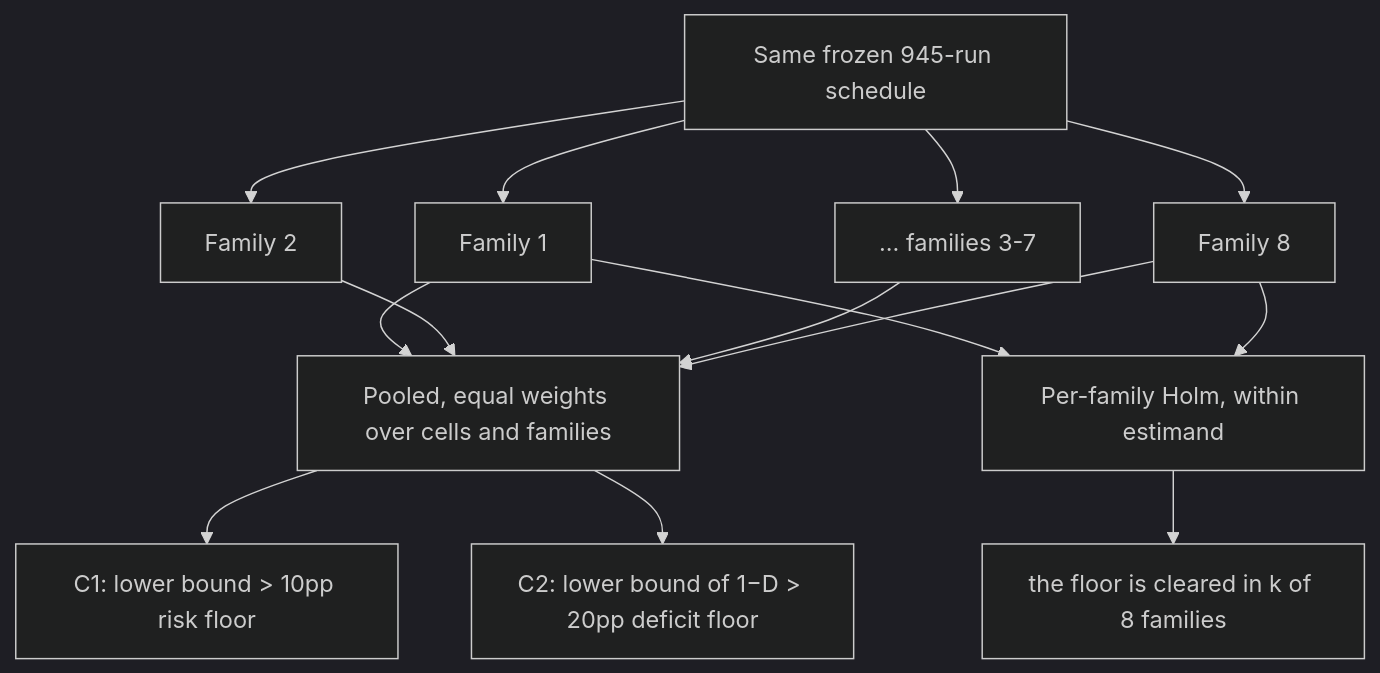
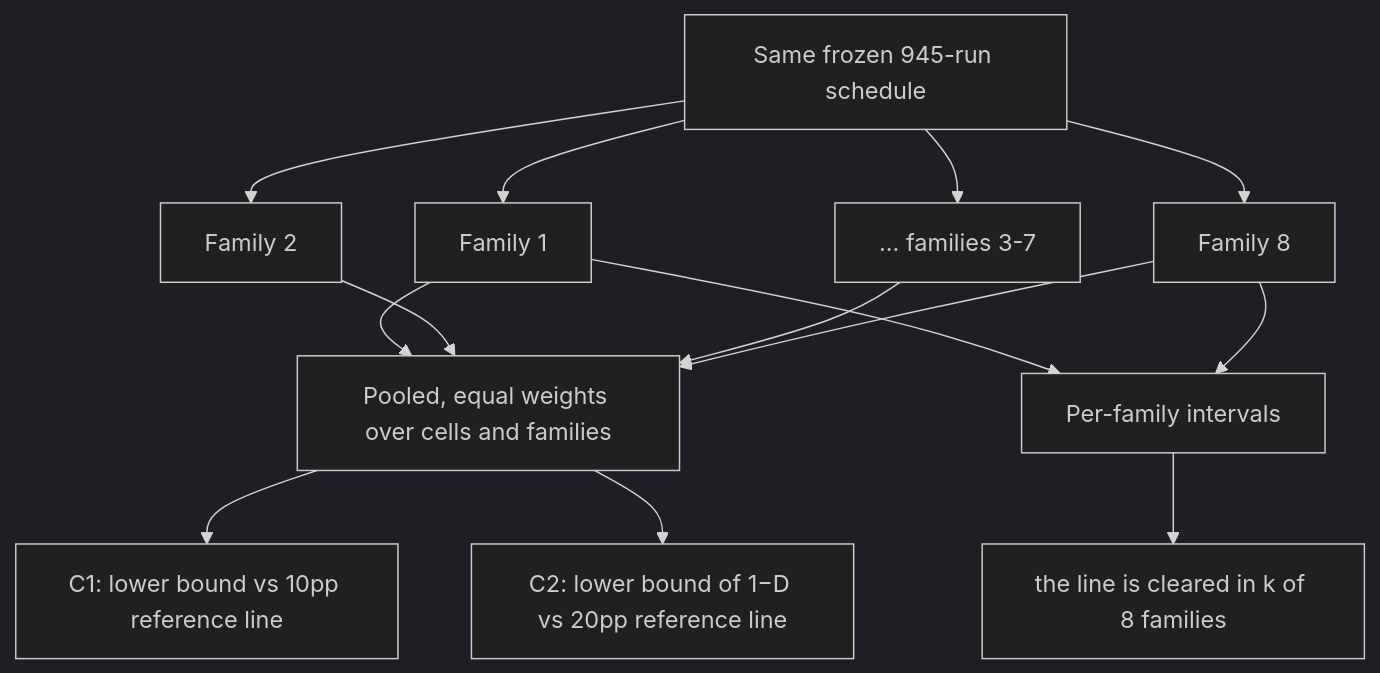
The seventh of 8 diagrams in docs/plan_summary.md (Artlands/TaskBound), drawn with Mermaid (dark theme) before and after one commit. The commit also changed other lines of this file and 5 other files, not shown here.

````diff
--- a/docs/plan_summary.md
+++ b/docs/plan_summary.md
@@ -198,16 +198,16 @@
 ```mermaid
 flowchart TB
     DESIGN[Same frozen 945-run schedule] --> M1[Family 1]
     DESIGN --> M2[Family 2]
     DESIGN --> MD[... families 3-7]
     DESIGN --> M8[Family 8]
     M1 --> EST[Pooled, equal weights over cells and families]
     M2 --> EST
     MD --> EST
     M8 --> EST
-    EST --> G1[C1: lower bound > 10pp risk floor]
-    EST --> G2[C2: lower bound of 1−D > 20pp deficit floor]
-    M1 --> PF[Per-family Holm, within estimand]
+    EST --> G1[C1: lower bound vs 10pp reference line]
+    EST --> G2[C2: lower bound of 1−D vs 20pp reference line]
+    M1 --> PF[Per-family intervals]
     M8 --> PF
-    PF --> K["the floor is cleared in k of 8 families"]
+    PF --> K["the line is cleared in k of 8 families"]
 ```
````
